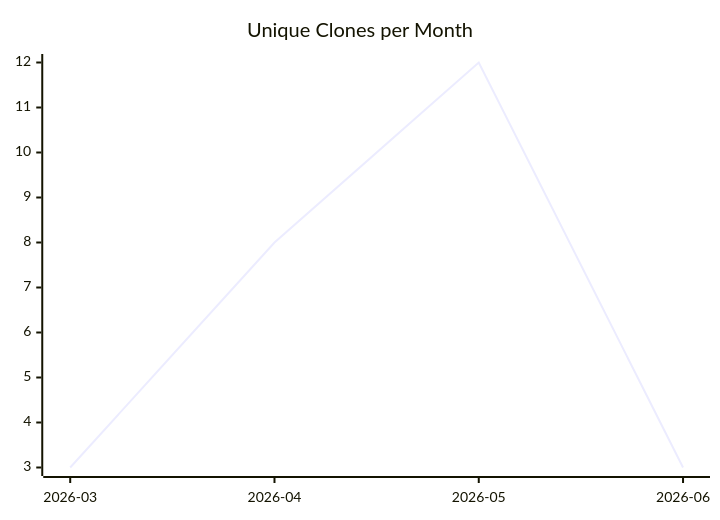
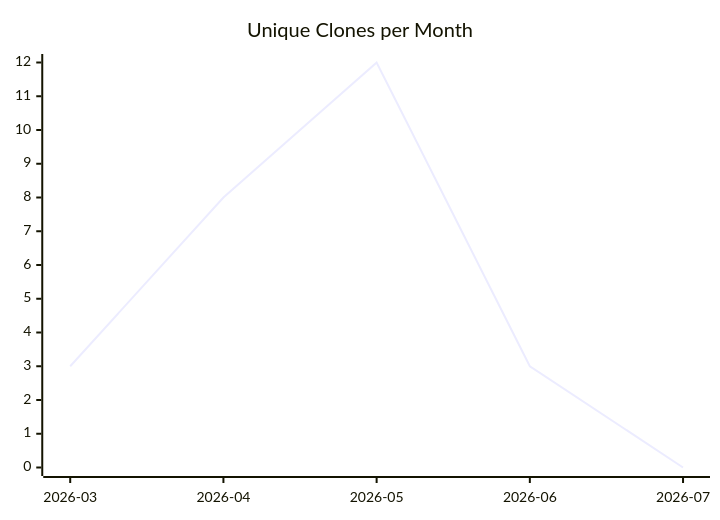
Before and after one commit to justdavis-family/github-analytics-data: the third of 3 diagrams in karlmdavis/puppet-sonar/README.md, drawn with Mermaid. The commit also changed other lines of this file and 199 other files, not shown here.

````diff
--- a/karlmdavis/puppet-sonar/README.md
+++ b/karlmdavis/puppet-sonar/README.md
@@ -19,6 +19,6 @@
 ```mermaid
 xychart-beta
   title "Unique Clones per Month"
-  x-axis ["2026-03", "2026-04", "2026-05", "2026-06"]
-  line [3, 8, 12, 3]
+  x-axis ["2026-03", "2026-04", "2026-05", "2026-06", "2026-07"]
+  line [3, 8, 12, 3, 0]
 ```
````
